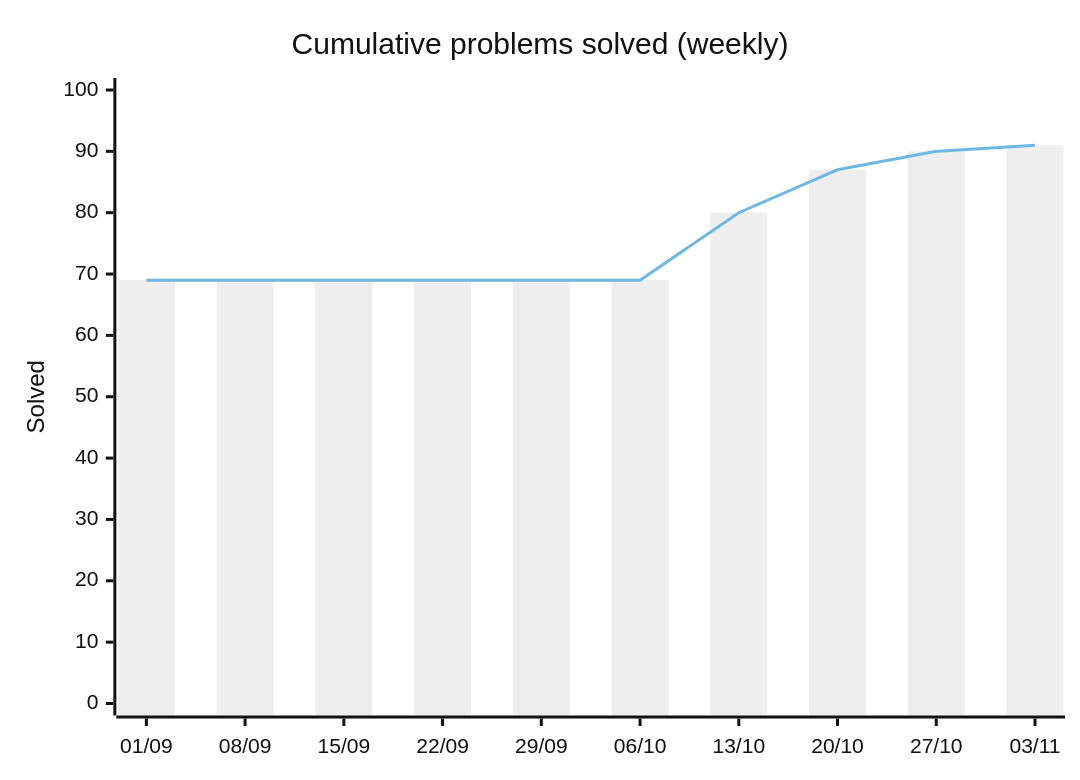
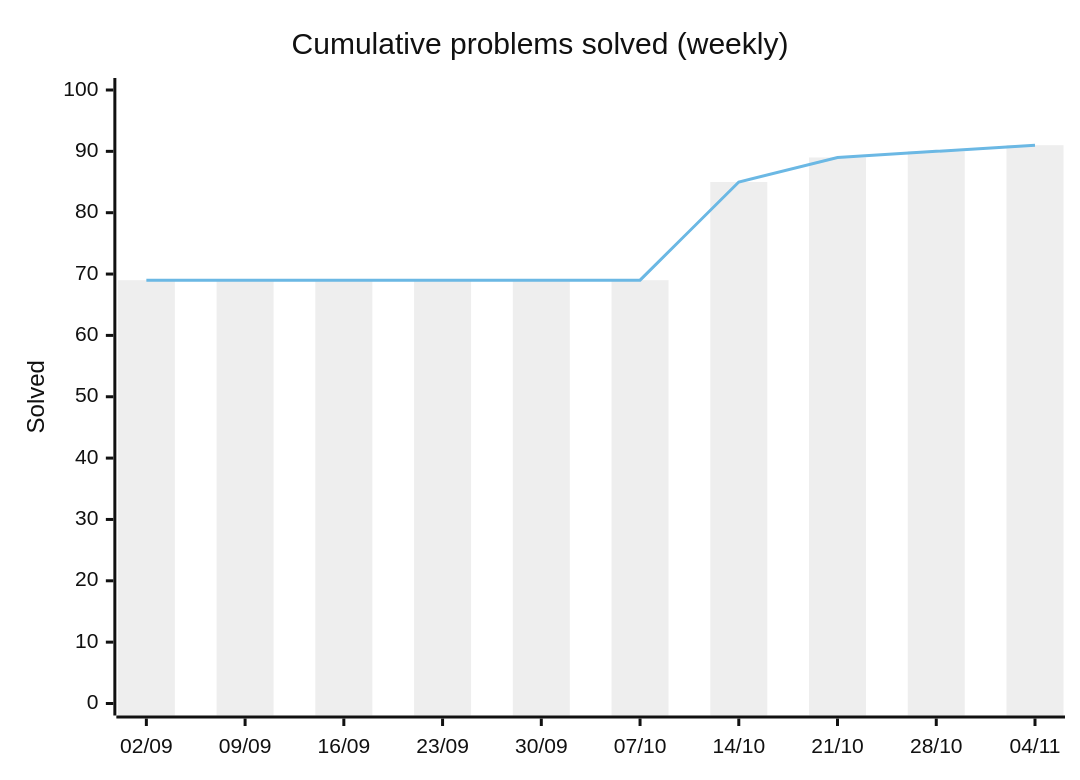
One commit to HarryTrn/TensorTonic-Solutions changed the first of 2 diagrams in README.md. Above: the diagram before and after it, drawn with Mermaid (neutral theme). The commit also changed other lines of this file, not shown here.

Commit message:
docs: auto-update README [skip ci]

````diff
--- a/README.md
+++ b/README.md
@@ -65,8 +65,8 @@
 ```mermaid
 xychart-beta
     title "Cumulative problems solved (weekly)"
-    x-axis ["01/09", "08/09", "15/09", "22/09", "29/09", "06/10", "13/10", "20/10", "27/10", "03/11"]
+    x-axis ["02/09", "09/09", "16/09", "23/09", "30/09", "07/10", "14/10", "21/10", "28/10", "04/11"]
     y-axis "Solved" 0 --> 100
-    bar [69, 69, 69, 69, 69, 69, 80, 87, 90, 91]
-    line [69, 69, 69, 69, 69, 69, 80, 87, 90, 91]
+    bar [69, 69, 69, 69, 69, 69, 85, 89, 90, 91]
+    line [69, 69, 69, 69, 69, 69, 85, 89, 90, 91]
 ```
````
